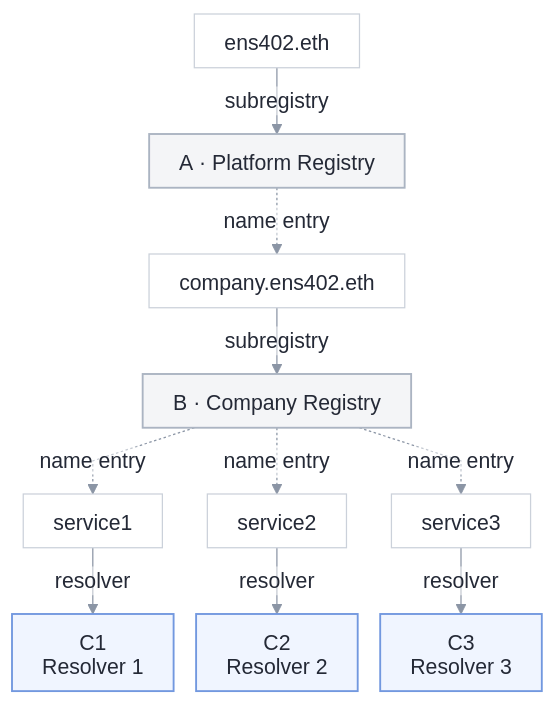
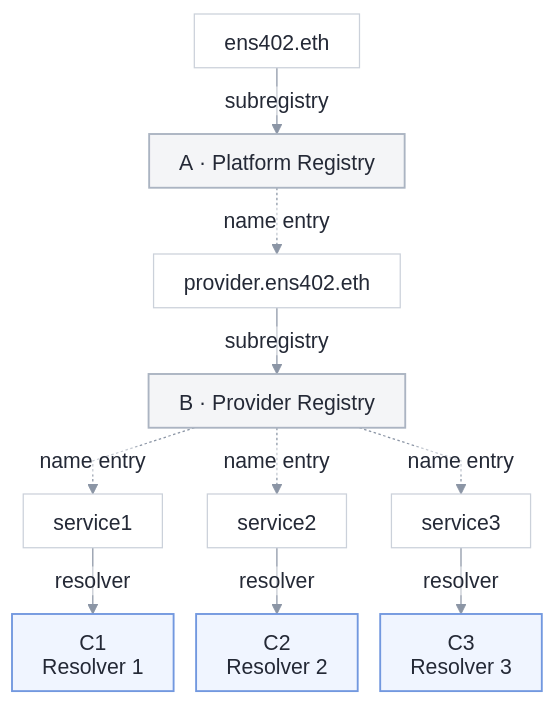
Before and after one commit to kevinsslin/ens402: the diagram in apps/web/public/diagrams/ens402-contracts.mmd, drawn with Mermaid. The commit also changed 3 other files, not shown here.

Commit message:
Improve diagram readability and adopt provider terminology

```diff
--- a/apps/web/public/diagrams/ens402-contracts.mmd
+++ b/apps/web/public/diagrams/ens402-contracts.mmd
@@ -1,45 +1,45 @@
 ---
 config:
   htmlLabels: false
   theme: base
   fontFamily: Arial, sans-serif
   themeCSS: "text { font-family: Arial, sans-serif; }"
   themeVariables:
     fontFamily: 'Inter, Arial, sans-serif'
     fontSize: 17px
     primaryColor: '#ffffff'
     primaryTextColor: '#242936'
     primaryBorderColor: '#cbd1da'
     lineColor: '#8b95a5'
     edgeLabelBackground: '#ffffff'
   flowchart:
     htmlLabels: false
     curve: linear
     nodeSpacing: 18
     rankSpacing: 30
     padding: 12
 ---
 flowchart TB
   accTitle: ENS402 namespace and contract tree
-  accDescr: ens402.eth points to Platform Registry A. Its company name points to Company Registry B. Three service names each point to a separate resolver C1, C2 or C3. Each resolver stores an API URL, payment settings and status. Wallet permissions are listed separately below the diagram.
+  accDescr: ens402.eth points to Platform Registry A. Its provider name points to Provider Registry B. Three service names each point to a separate resolver C1, C2 or C3. Each resolver stores an API URL, payment settings and status. Wallet permissions are listed separately below the diagram.
   parent["ens402.eth"]
   platform["A · Platform Registry"]
-  company["company.ens402.eth"]
-  registry["B · Company Registry"]
+  provider["provider.ens402.eth"]
+  registry["B · Provider Registry"]
   s1["service1"]
   s2["service2"]
   s3["service3"]
   r1["C1<br/>Resolver 1"]
   r2["C2<br/>Resolver 2"]
   r3["C3<br/>Resolver 3"]
   parent -->|subregistry| platform
-  platform -.->|name entry| company
-  company -->|subregistry| registry
+  platform -.->|name entry| provider
+  provider -->|subregistry| registry
   registry -.->|name entry| s1 & s2 & s3
   s1 -->|resolver| r1
   s2 -->|resolver| r2
   s3 -->|resolver| r3
   classDef registry fill:#f4f5f7,stroke:#abb4c2,stroke-width:1.5px
   classDef resolver fill:#f0f5ff,stroke:#7298df,stroke-width:1.5px
   class platform,registry registry
   class r1,r2,r3 resolver
```
